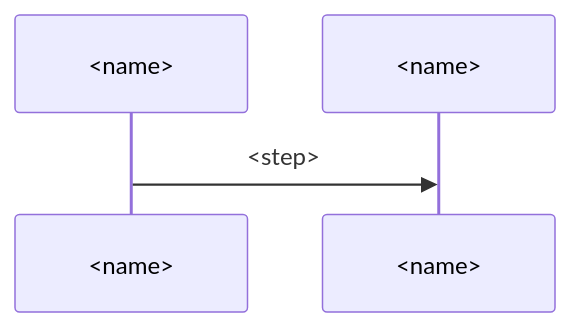
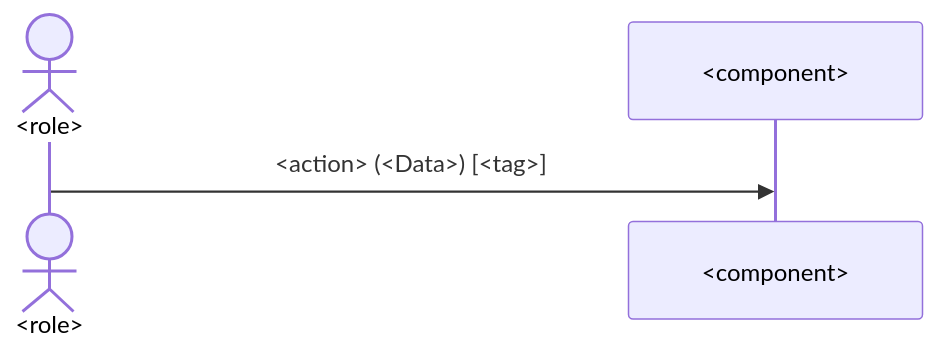
The diagram in plugins/rn/domain/best-practices/architecture/template.md (lovaizu/ccpm), drawn with Mermaid before and after one commit. The commit also changed other lines of this file and 15 other files, not shown here.

````diff
--- a/plugins/rn/domain/best-practices/architecture/template.md
+++ b/plugins/rn/domain/best-practices/architecture/template.md
@@ -89,6 +83,6 @@
 ```mermaid
 sequenceDiagram
-  participant A as #lt;name#gt;
-  participant B as #lt;name#gt;
-  A->>B: #lt;step#gt;
+  actor U as #lt;role#gt;
+  participant A as #lt;component#gt;
+  U->>A: #lt;action#gt; (#lt;Data#gt;) [#lt;tag#gt;]
 ```
````
